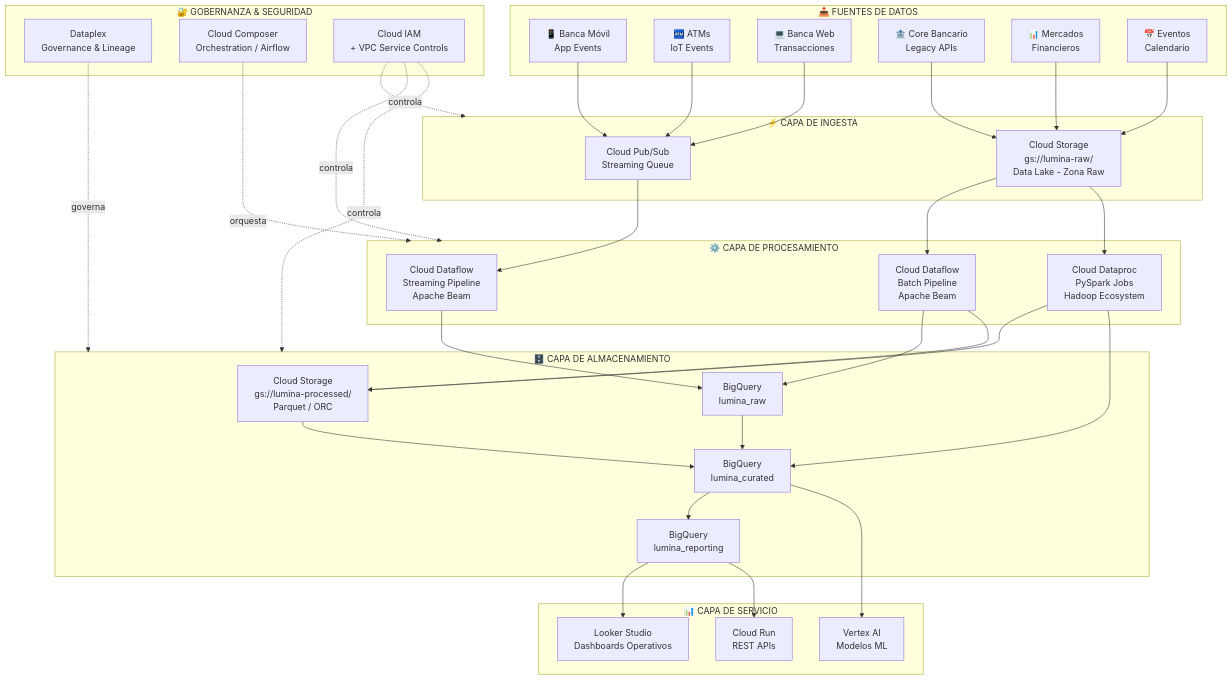
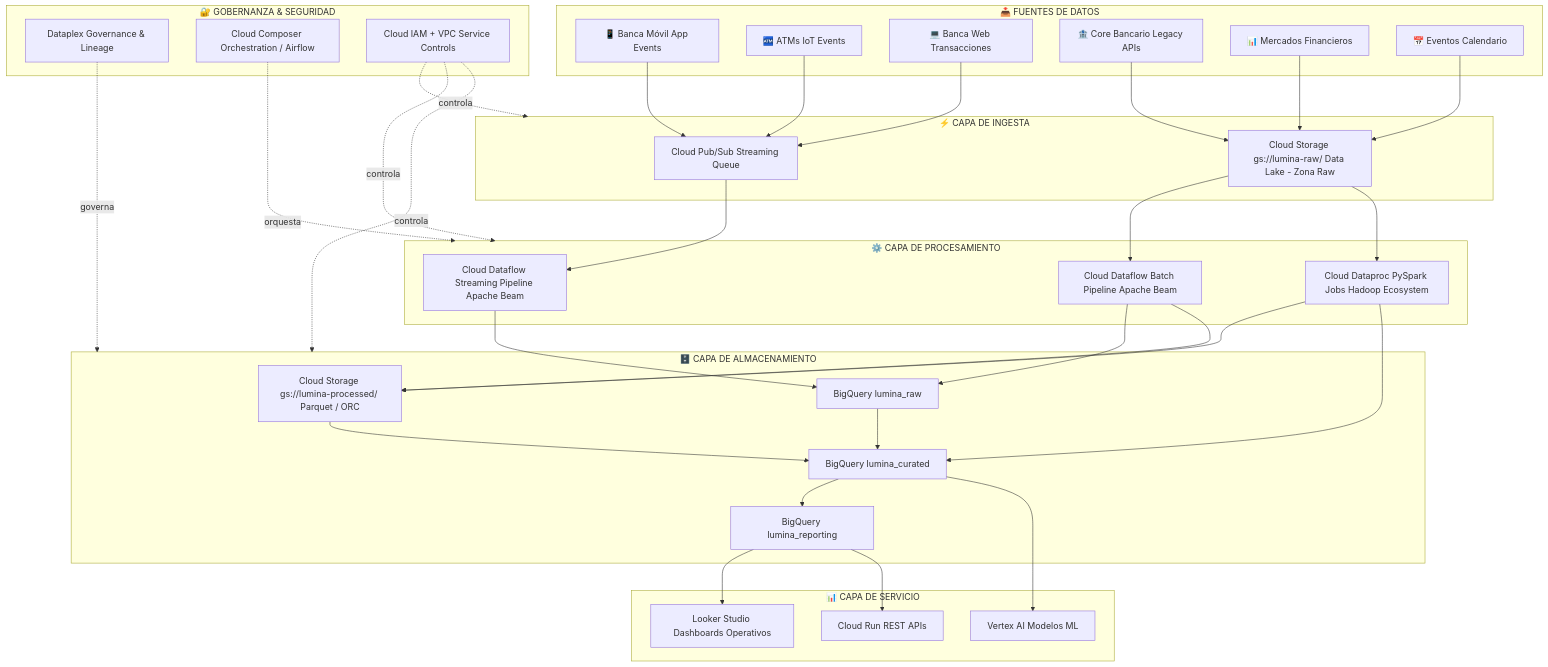
One commit to s110/Maestria changed the first of 8 diagrams in 5_big_data/codigo/03_proyecto_financial_system_architecture/architecture.md. Above: the diagram before and after it, drawn with Mermaid. The commit also changed other lines of this file and 52 other files, not shown here.

````diff
--- a/5_big_data/codigo/03_proyecto_financial_system_architecture/architecture.md
+++ b/5_big_data/codigo/03_proyecto_financial_system_architecture/architecture.md
@@ -48,67 +48,67 @@
 ```mermaid
 flowchart TB
     subgraph SOURCES["📥 FUENTES DE DATOS"]
-        S1[📱 Banca Móvil\nApp Events]
-        S2[🏧 ATMs\nIoT Events]
-        S3[💻 Banca Web\nTransacciones]
-        S4[🏦 Core Bancario\nLegacy APIs]
-        S5[📊 Mercados\nFinancieros]
-        S6[📅 Eventos\nCalendario]
+        S1[📱 Banca Móvil App Events]
+        S2[🏧 ATMs IoT Events]
+        S3[💻 Banca Web Transacciones]
+        S4[🏦 Core Bancario Legacy APIs]
+        S5[📊 Mercados Financieros]
+        S6[📅 Eventos Calendario]
     end
 
     subgraph INGESTION["⚡ CAPA DE INGESTA"]
-        PS[Cloud Pub/Sub\nStreaming Queue]
-        GCS_RAW[Cloud Storage\ngs://lumina-raw/\nData Lake - Zona Raw]
+        PS[Cloud Pub/Sub Streaming Queue]
+        GCS_RAW[Cloud Storage gs://lumina-raw/ Data Lake - Zona Raw]
     end
 
     subgraph PROCESSING["⚙️ CAPA DE PROCESAMIENTO"]
-        DF_STREAM[Cloud Dataflow\nStreaming Pipeline\nApache Beam]
-        DF_BATCH[Cloud Dataflow\nBatch Pipeline\nApache Beam]
-        DATAPROC[Cloud Dataproc\nPySpark Jobs\nHadoop Ecosystem]
+        DF_STREAM[Cloud Dataflow Streaming Pipeline Apache Beam]
+        DF_BATCH[Cloud Dataflow Batch Pipeline Apache Beam]
+        DATAPROC[Cloud Dataproc PySpark Jobs Hadoop Ecosystem]
     end
 
     subgraph STORAGE["🗄️ CAPA DE ALMACENAMIENTO"]
-        GCS_PROC[Cloud Storage\ngs://lumina-processed/\nParquet / ORC]
-        BQ_RAW[BigQuery\nlumina_raw]
-        BQ_CUR[BigQuery\nlumina_curated]
-        BQ_RPT[BigQuery\nlumina_reporting]
+        GCS_PROC[Cloud Storage gs://lumina-processed/ Parquet / ORC]
+        BQ_RAW[BigQuery lumina_raw]
+        BQ_CUR[BigQuery lumina_curated]
+        BQ_RPT[BigQuery lumina_reporting]
     end
 
     subgraph SERVING["📊 CAPA DE SERVICIO"]
-        LOOKER[Looker Studio\nDashboards Operativos]
-        API[Cloud Run\nREST APIs]
-        ML[Vertex AI\nModelos ML]
+        LOOKER[Looker Studio Dashboards Operativos]
+        API[Cloud Run REST APIs]
+        ML[Vertex AI Modelos ML]
     end
 
     subgraph GOV["🔐 GOBERNANZA & SEGURIDAD"]
-        DATAPLEX[Dataplex\nGovernance & Lineage]
-        CMPOSER[Cloud Composer\nOrchestration / Airflow]
-        IAM[Cloud IAM\n+ VPC Service Controls]
+        DATAPLEX[Dataplex Governance & Lineage]
+        CMPOSER[Cloud Composer Orchestration / Airflow]
+        IAM[Cloud IAM + VPC Service Controls]
     end
 
     S1 & S2 & S3 --> PS
     S4 --> GCS_RAW
     S5 & S6 --> GCS_RAW
 
     PS --> DF_STREAM
     GCS_RAW --> DF_BATCH
     GCS_RAW --> DATAPROC
 
     DF_STREAM --> BQ_RAW
     DF_BATCH --> BQ_RAW
     DF_BATCH --> GCS_PROC
     DATAPROC --> GCS_PROC
     DATAPROC --> BQ_CUR
 
     BQ_RAW --> BQ_CUR
     GCS_PROC --> BQ_CUR
     BQ_CUR --> BQ_RPT
 
     BQ_RPT --> LOOKER
     BQ_RPT --> API
     BQ_CUR --> ML
 
     DATAPLEX -.->|governa| STORAGE
     CMPOSER -.->|orquesta| PROCESSING
     IAM -.->|controla| INGESTION & PROCESSING & STORAGE
 ```
````
